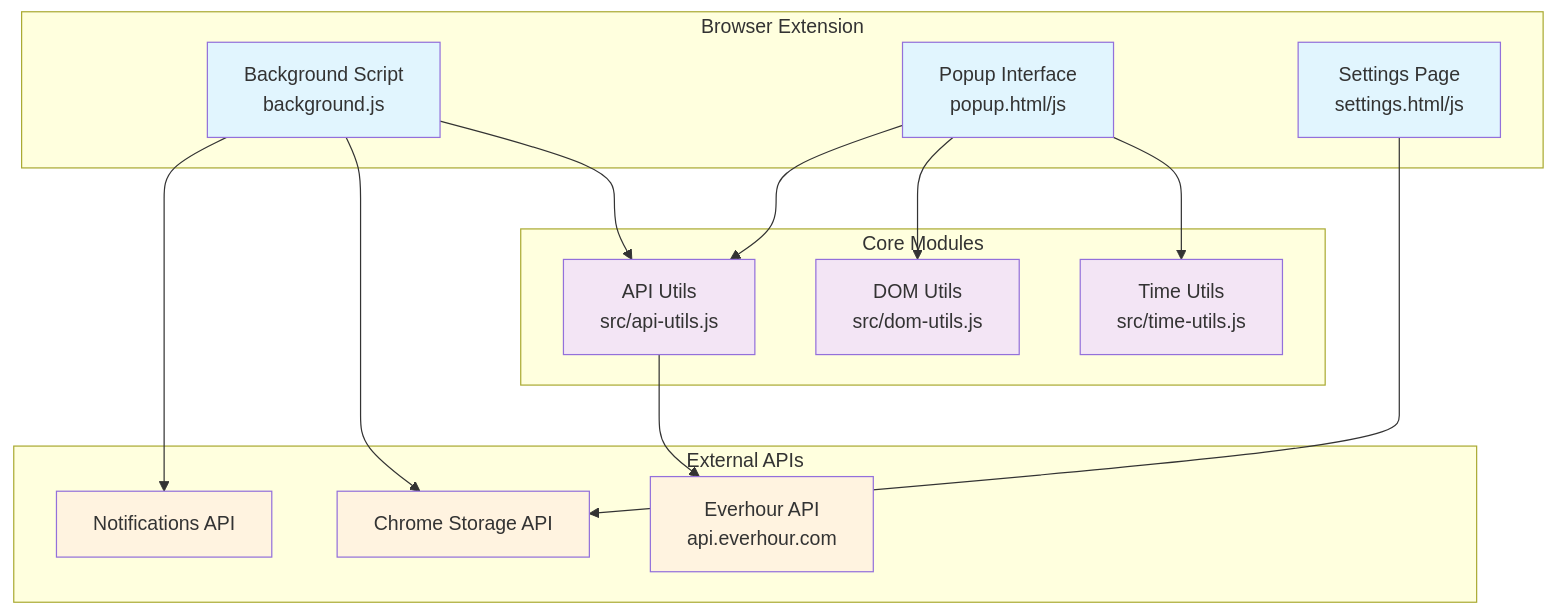
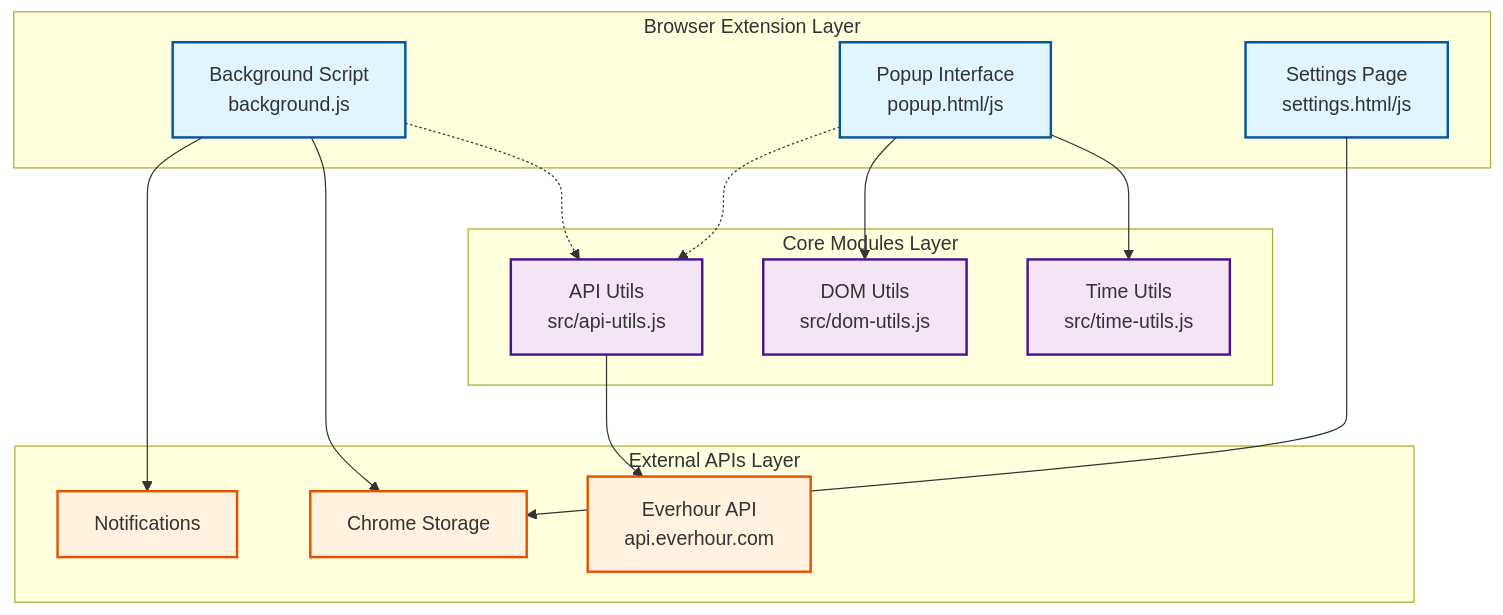
Before and after one commit to djretief/ever-track: the first of 6 diagrams in docs/ARCHITECTURE.md, drawn with Mermaid.

Commit message:
Improve architecture diagram visual layout
Visual Improvements:
- Enhanced subgraph naming with 'Layer' suffix for better distinction
- Added dotted arrows to reduce visual clutter and show loose coupling
- Implemented stroke colors and widths for clearer component boundaries
- Simplified external API names to prevent text overlap
- Used quoted node names for better Mermaid layout calculation

Technical Benefits:
- Eliminated overlapping connection lines and node titles
- Improved visual hierarchy with distinct layer styling
- Enhanced readability while maintaining technical accuracy
- Better separation between component layers

````diff
--- a/docs/ARCHITECTURE.md
+++ b/docs/ARCHITECTURE.md
@@ -9,37 +9,41 @@
 ```mermaid
 graph TB
-    subgraph "Browser Extension"
-        BG[Background Script<br/>background.js]
-        PP[Popup Interface<br/>popup.html/js]
-        SP[Settings Page<br/>settings.html/js]
+    subgraph "Browser Extension Layer"
+        BG["Background Script<br/>background.js"]
+        PP["Popup Interface<br/>popup.html/js"]
+        SP["Settings Page<br/>settings.html/js"]
     end
     
-    subgraph "Core Modules"
-        TIME[Time Utils<br/>src/time-utils.js]
-        API[API Utils<br/>src/api-utils.js]
-        DOM[DOM Utils<br/>src/dom-utils.js]
+    subgraph "Core Modules Layer"
+        TIME["Time Utils<br/>src/time-utils.js"]
+        API["API Utils<br/>src/api-utils.js"]
+        DOM["DOM Utils<br/>src/dom-utils.js"]
     end
     
-    subgraph "External APIs"
-        EH[Everhour API<br/>api.everhour.com]
-        CS[Chrome Storage API]
-        NT[Notifications API]
+    subgraph "External APIs Layer"
+        EH["Everhour API<br/>api.everhour.com"]
+        CS["Chrome Storage"]
+        NT["Notifications"]
     end
     
-    BG --> API
+    %% Main connections with clear paths
+    BG -.-> API
     PP --> TIME
     PP --> DOM
-    PP --> API
+    PP -.-> API
     SP --> CS
+    
+    %% External connections
     API --> EH
     BG --> CS
     BG --> NT
     
-    classDef extension fill:#e1f5fe
-    classDef module fill:#f3e5f5
-    classDef external fill:#fff3e0
+    %% Styling
+    classDef extension fill:#e1f5fe,stroke:#01579b,stroke-width:2px
+    classDef module fill:#f3e5f5,stroke:#4a148c,stroke-width:2px
+    classDef external fill:#fff3e0,stroke:#e65100,stroke-width:2px
     
     class BG,PP,SP extension
     class TIME,API,DOM module
     class EH,CS,NT external
 ```
````
